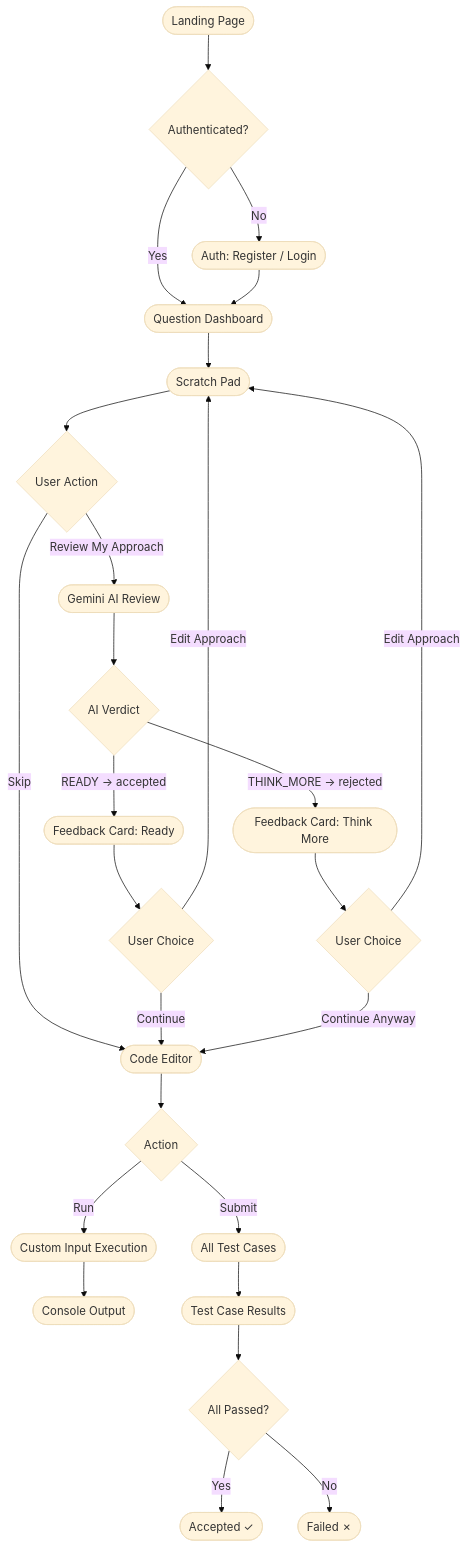
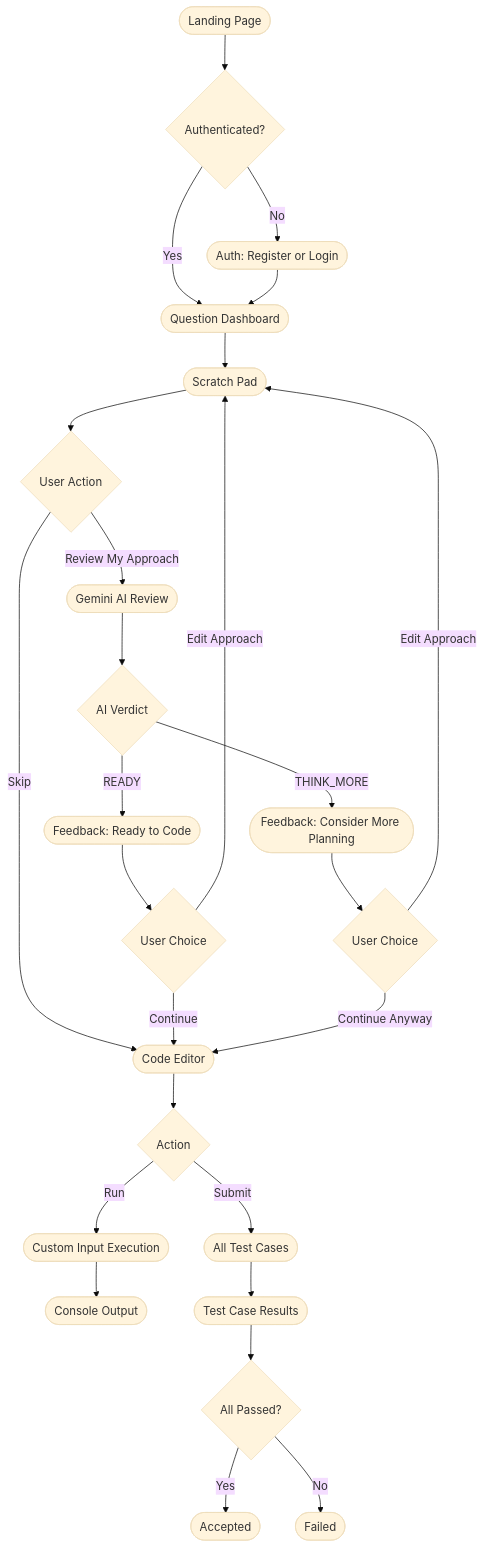
One commit to yatinsingh2007/VintiCode changed the first of 6 diagrams in README.md. Above: the diagram before and after it, drawn with Mermaid (base theme). The commit also changed other lines of this file, not shown here.

Commit message:
docs: update documentation, diagrams, and flow descriptions in README.md for clarity

````diff
--- a/README.md
+++ b/README.md
@@ -83,35 +83,35 @@
 ```mermaid
 flowchart TD
     A([Landing Page]) --> B{Authenticated?}
     B -- Yes --> D
-    B -- No --> C([Auth: Register / Login])
+    B -- No --> C([Auth: Register or Login])
     C --> D([Question Dashboard])
     D --> E([Scratch Pad])
 
     E --> F{User Action}
     F -- Skip --> H
     F -- Review My Approach --> G([Gemini AI Review])
 
     G --> G1{AI Verdict}
-    G1 -- READY → accepted --> G2([Feedback Card: Ready])
-    G1 -- THINK_MORE → rejected --> G3([Feedback Card: Think More])
+    G1 -- READY --> G2([Feedback: Ready to Code])
+    G1 -- THINK_MORE --> G3([Feedback: Consider More Planning])
 
     G2 --> H1{User Choice}
     G3 --> H2{User Choice}
 
     H1 -- Continue --> H
     H1 -- Edit Approach --> E
     H2 -- Continue Anyway --> H
     H2 -- Edit Approach --> E
 
     H([Code Editor])
     H --> I{Action}
     I -- Run --> J([Custom Input Execution])
     I -- Submit --> K([All Test Cases])
 
     J --> L([Console Output])
     K --> M([Test Case Results])
     M --> N{All Passed?}
-    N -- Yes --> O([Accepted ✓])
-    N -- No --> P([Failed ✗])
+    N -- Yes --> O([Accepted])
+    N -- No --> P([Failed])
 ```
````
